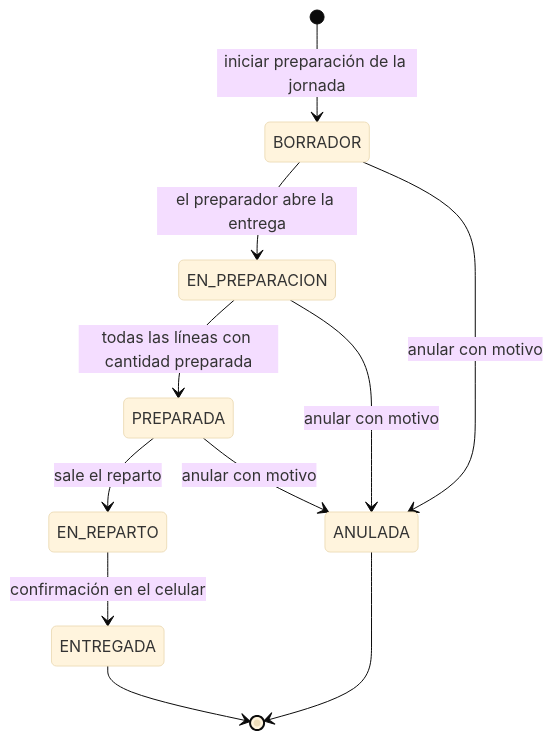
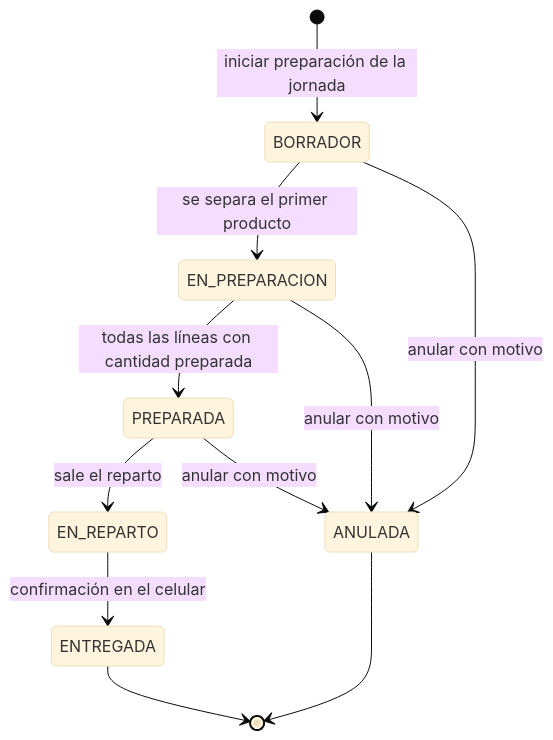
Before and after one commit to Facumirande/sistema-juan: the sixth of 8 diagrams in docs/plan/04-procesos-y-flujos.md, drawn with Mermaid (base theme). The commit also changed other lines of this file and 69 other files, not shown here.

````diff
--- a/docs/plan/04-procesos-y-flujos.md
+++ b/docs/plan/04-procesos-y-flujos.md
@@ -677,13 +671,13 @@
 ```mermaid
 stateDiagram-v2
     [*] --> BORRADOR : iniciar preparación de la jornada
-    BORRADOR --> EN_PREPARACION : el preparador abre la entrega
+    BORRADOR --> EN_PREPARACION : se separa el primer producto
     EN_PREPARACION --> PREPARADA : todas las líneas con cantidad preparada
     PREPARADA --> EN_REPARTO : sale el reparto
     EN_REPARTO --> ENTREGADA : confirmación en el celular
     BORRADOR --> ANULADA : anular con motivo
     EN_PREPARACION --> ANULADA : anular con motivo
     PREPARADA --> ANULADA : anular con motivo
     ENTREGADA --> [*]
     ANULADA --> [*]
 ```
````
